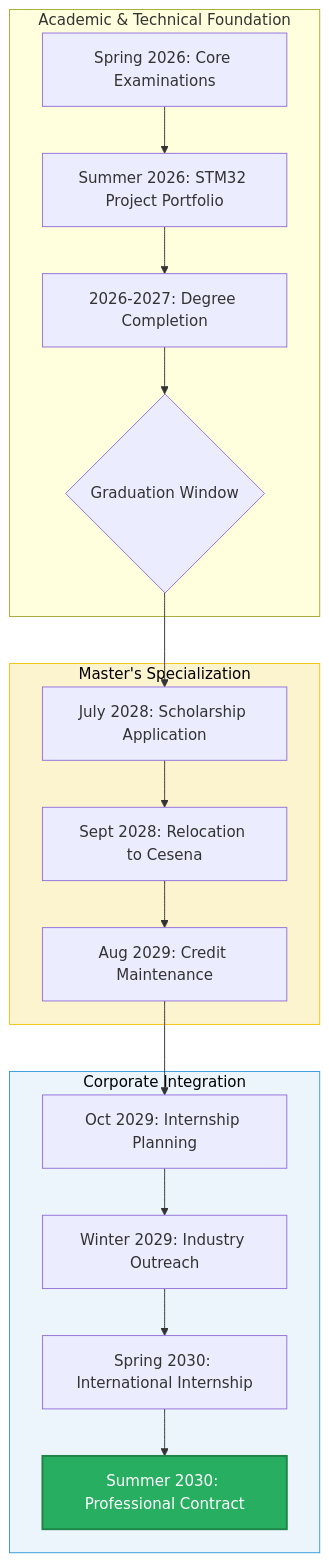
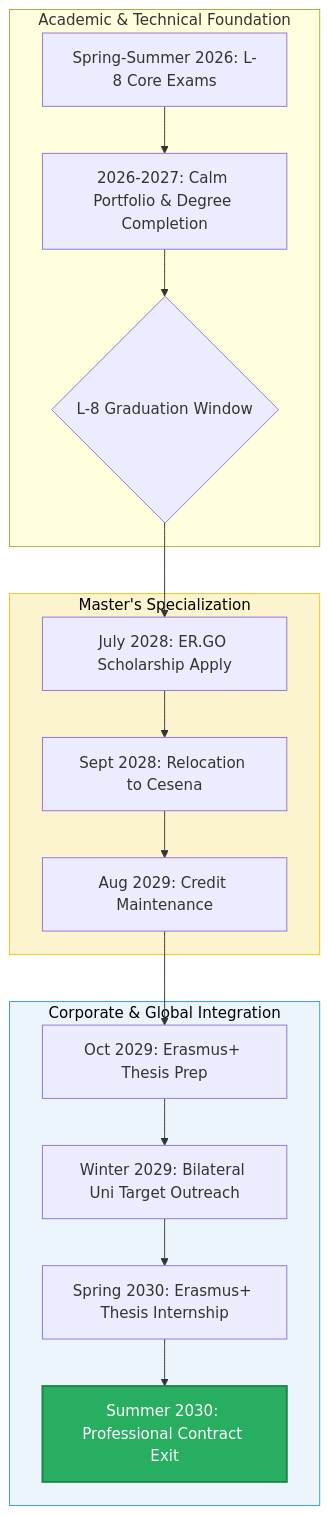
One commit to andreadamico678/master-plan changed the diagram in 00_Strategy/master_plan_v7.md. Above: the diagram before and after it, drawn with Mermaid. The commit also changed other lines of this file and 8 other files, not shown here.

````diff
--- a/00_Strategy/master_plan_v7.md
+++ b/00_Strategy/master_plan_v7.md
@@ -14,25 +22,24 @@
 ```mermaid
 graph TD
     subgraph Phase_1 [Academic & Technical Foundation]
-        A[Spring 2026: Core Examinations] --> B[Summer 2026: STM32 Project Portfolio]
-        B --> C[2026-2027: Degree Completion]
-        C --> D{Graduation Window}
+        A[Spring-Summer 2026: L-8 Core Exams] --> B[2026-2027: Calm Portfolio & Degree Completion]
+        B --> D{L-8 Graduation Window}
     end
 
     subgraph Phase_2 [Master's Specialization]
-        D --> E[July 2028: Scholarship Application]
+        D --> E[July 2028: ER.GO Scholarship Apply]
         E --> F[Sept 2028: Relocation to Cesena]
         F --> G[Aug 2029: Credit Maintenance]
     end
 
-    subgraph Phase_3 [Corporate Integration]
-        G --> H[Oct 2029: Internship Planning]
-        H --> I[Winter 2029: Industry Outreach]
-        I --> J[Spring 2030: International Internship]
-        J --> K[Summer 2030: Professional Contract]
+    subgraph Phase_3 [Corporate & Global Integration]
+        G --> H[Oct 2029: Erasmus+ Thesis Prep]
+        H --> I[Winter 2029: Bilateral Uni Target Outreach]
+        I --> J[Spring 2030: Erasmus+ Thesis Internship]
+        J --> K[Summer 2030: Professional Contract Exit]
     end
 
     style K fill:#27ae60,stroke:#1e8449,stroke-width:2px,color:#fff
     style Phase_2 fill:#fcf3cf,stroke:#f1c40f,color:#000
     style Phase_3 fill:#ebf5fb,stroke:#3498db,color:#000
 ```
````
